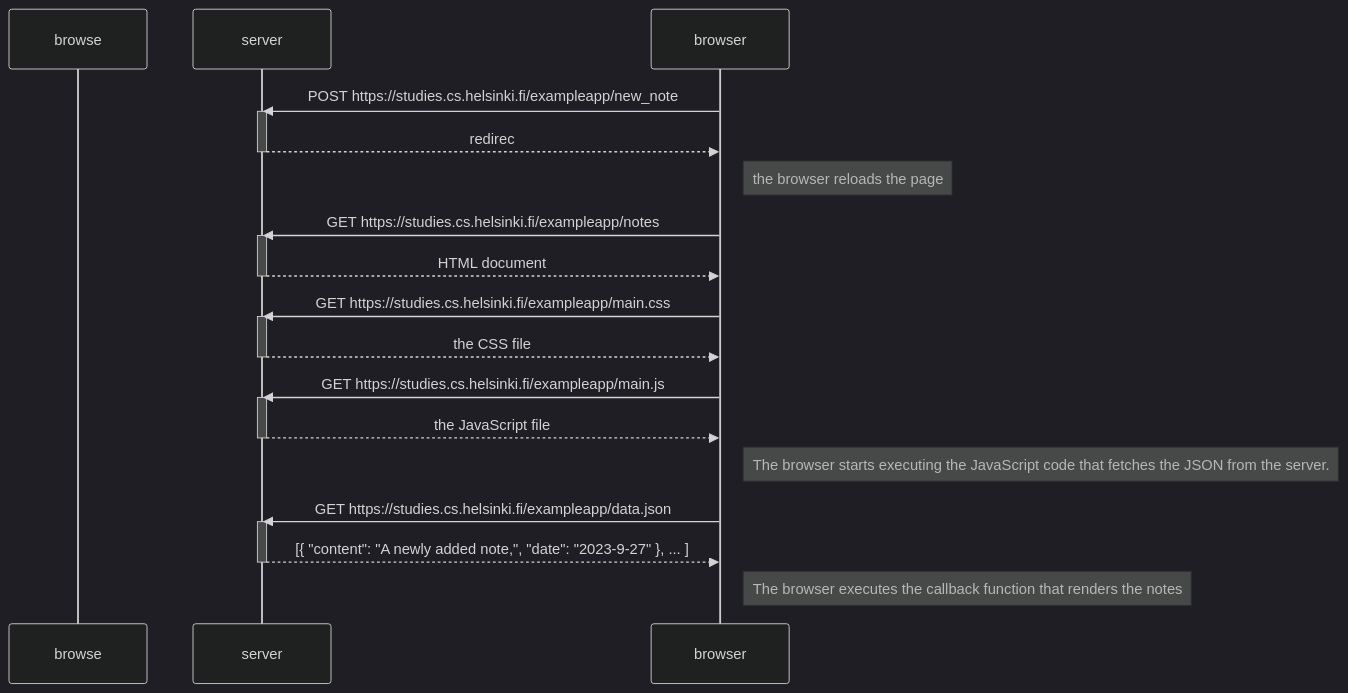
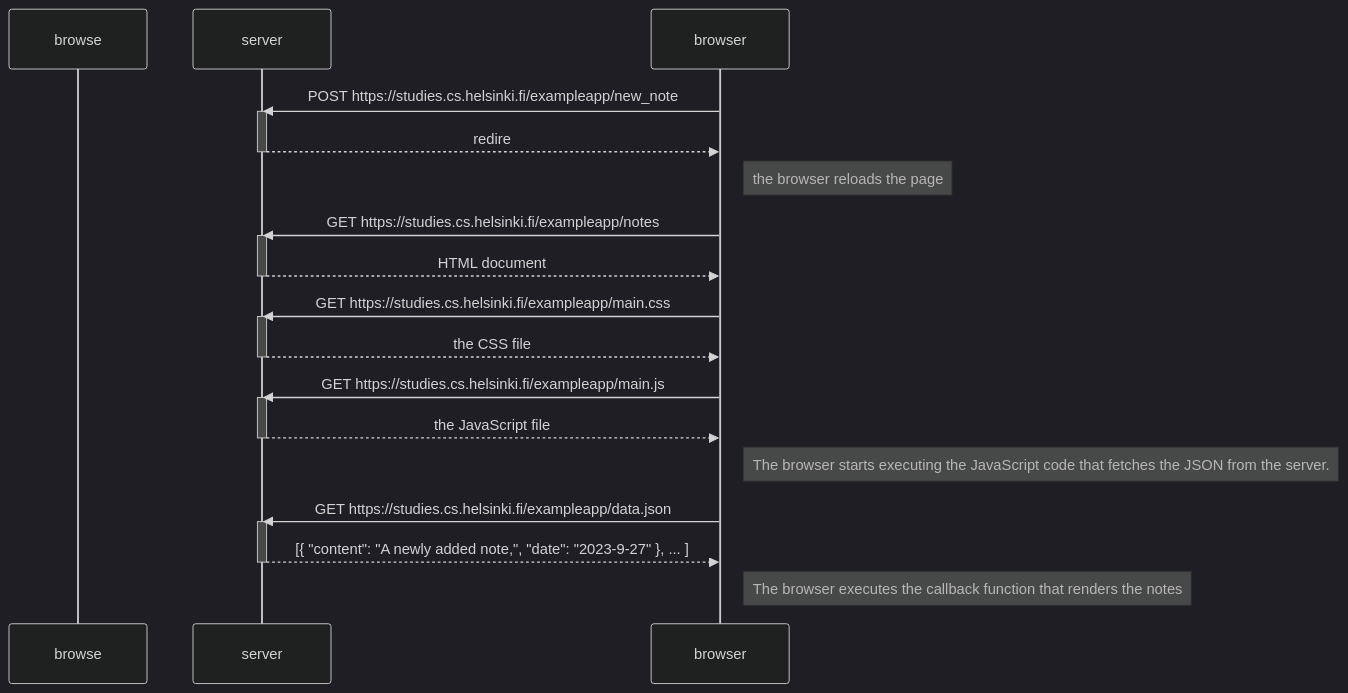
One commit to AlexanderGurnet/fullstackopen changed the diagram in part0/0.4/new_note_diagram.md. Above: the diagram before and after it, drawn with Mermaid (dark theme).

````diff
--- a/part0/0.4/new_note_diagram.md
+++ b/part0/0.4/new_note_diagram.md
@@ -2,35 +2,35 @@
 ```mermaid
   sequenceDiagram
     participant browse
     participant server
 
     browser->>server: POST https://studies.cs.helsinki.fi/exampleapp/new_note
     activate server
-    server-->>browser: redirec
+    server-->>browser: redire
     deactivate server
     Note right of browser: the browser reloads the page
 
     browser->>server: GET https://studies.cs.helsinki.fi/exampleapp/notes
     activate server
     server-->>browser: HTML document
     deactivate server
     
     browser->>server: GET https://studies.cs.helsinki.fi/exampleapp/main.css
     activate server
     server-->>browser: the CSS file
     deactivate server
 
     browser->>server: GET https://studies.cs.helsinki.fi/exampleapp/main.js
     activate server
     server-->>browser: the JavaScript file
     deactivate server
 
     Note right of browser: The browser starts executing the JavaScript code that fetches the JSON from the server.
 
     browser->>server: GET https://studies.cs.helsinki.fi/exampleapp/data.json
     activate server
     server-->>browser: [{ "content": "A newly added note,", "date": "2023-9-27" }, ... ]
     deactivate server
 
     Note right of browser: The browser executes the callback function that renders the notes
 ```
````
